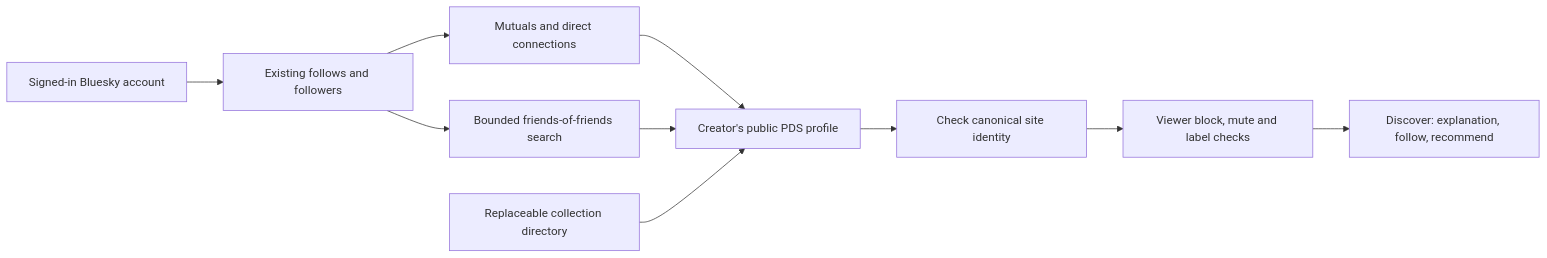
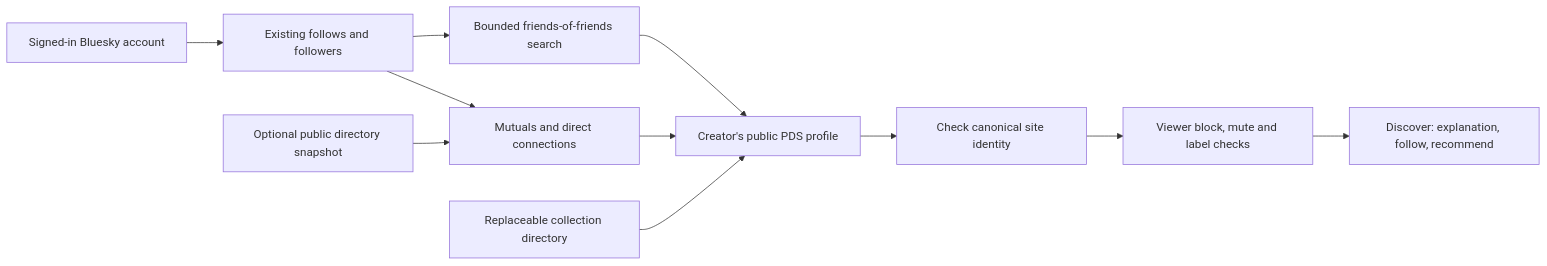
Before and after one commit to crs48/feedme: the diagram in docs/discovery.md, drawn with Mermaid. The commit also changed other lines of this file and 9 other files, not shown here.

````diff
--- a/docs/discovery.md
+++ b/docs/discovery.md
@@ -17,12 +18,13 @@
 ```mermaid
 flowchart LR
   Viewer[Signed-in Bluesky account] --> Graph[Existing follows and followers]
   Graph --> Direct[Mutuals and direct connections]
   Graph --> Second[Bounded friends-of-friends search]
   Direct --> PDS[Creator's public PDS profile]
   Second --> PDS
+  Snapshot[Optional public directory snapshot] --> Direct
   Relay[Replaceable collection directory] --> PDS
   PDS --> Site[Check canonical site identity]
   Site --> Visibility[Viewer block, mute and label checks]
   Visibility --> Cards[Discover: explanation, follow, recommend]
 ```
````
